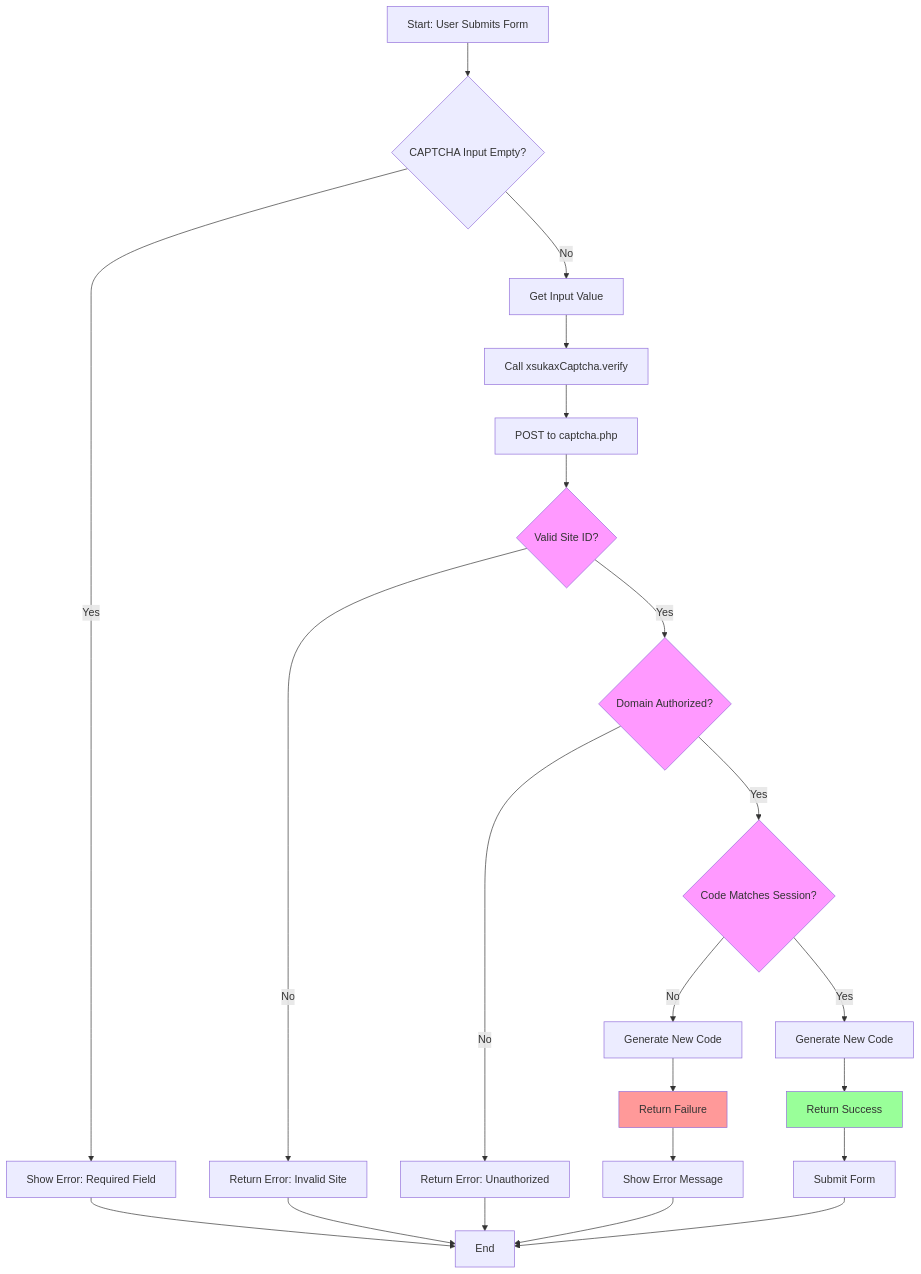
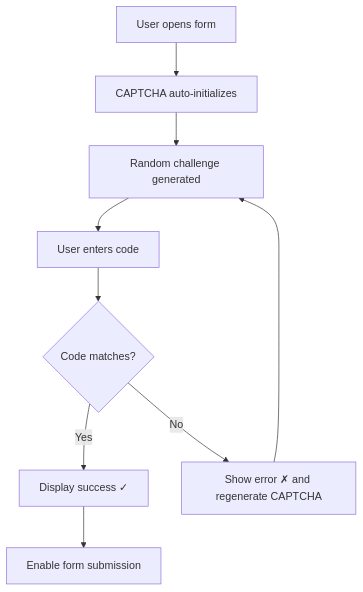
Before and after one commit to xsukax/xsukax-JS-CAPTCHA: the diagram in README.md, drawn with Mermaid. The commit also changed other lines of this file, not shown here.

````diff
--- a/README.md
+++ b/README.md
@@ -309,30 +75,11 @@
 ```mermaid
-flowchart TD
-    A[Start: User Submits Form] --> B{CAPTCHA Input Empty?}
-    B -->|Yes| C[Show Error: Required Field]
-    B -->|No| D[Get Input Value]
-    D --> E[Call xsukaxCaptcha.verify]
-    E --> F[POST to captcha.php]
-    F --> G{Valid Site ID?}
-    G -->|No| H[Return Error: Invalid Site]
-    G -->|Yes| I{Domain Authorized?}
-    I -->|No| J[Return Error: Unauthorized]
-    I -->|Yes| K{Code Matches Session?}
-    K -->|No| L[Generate New Code]
-    K -->|Yes| M[Generate New Code]
-    L --> N[Return Failure]
-    M --> O[Return Success]
-    N --> P[Show Error Message]
-    O --> Q[Submit Form]
-    C --> R[End]
-    H --> R
-    J --> R
-    P --> R
-    Q --> R
-    
-    style G fill:#f9f
-    style I fill:#f9f
-    style K fill:#f9f
-    style O fill:#9f9
-    style N fill:#f99
+graph TD
+A[User opens form] --> B[CAPTCHA auto-initializes]
+B --> C[Random challenge generated]
+C --> D[User enters code]
+D --> E{Code matches?}
+E -->|Yes| F[Display success ✓]
+E -->|No| G[Show error ✗ and regenerate CAPTCHA]
+F --> H[Enable form submission]
+G --> C
 ```
````
